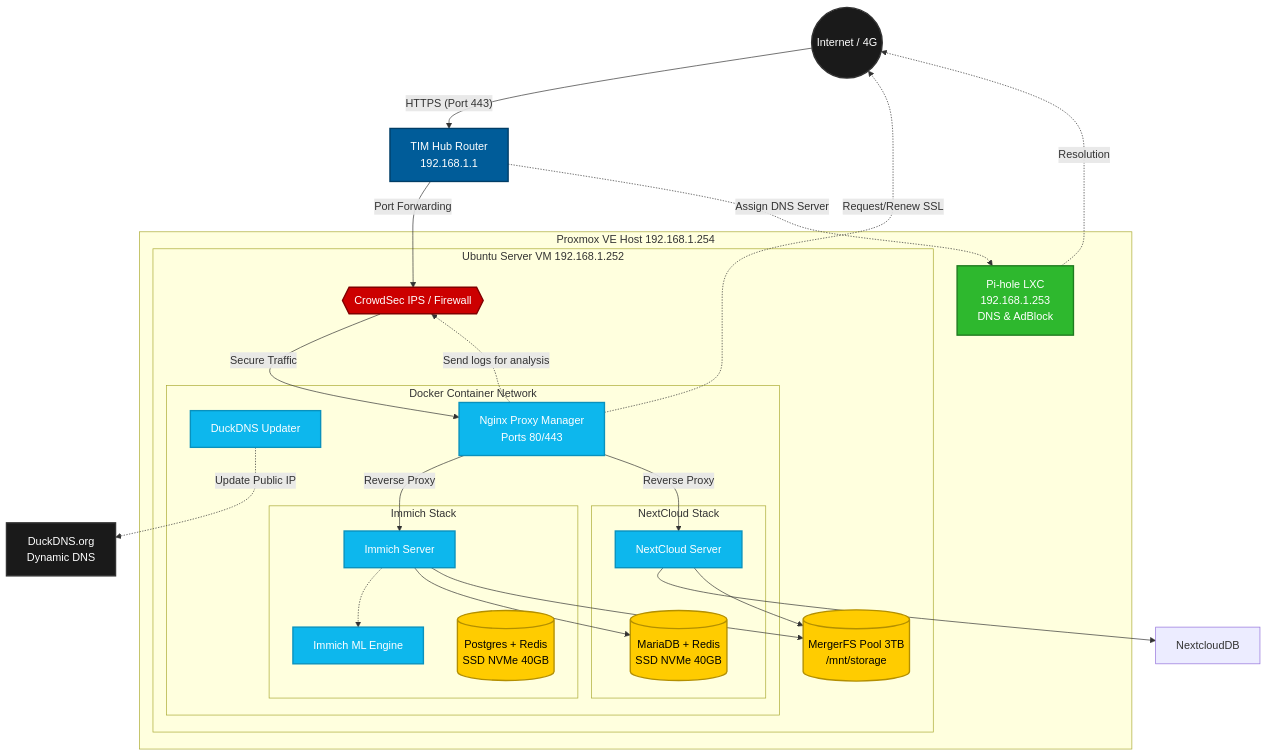
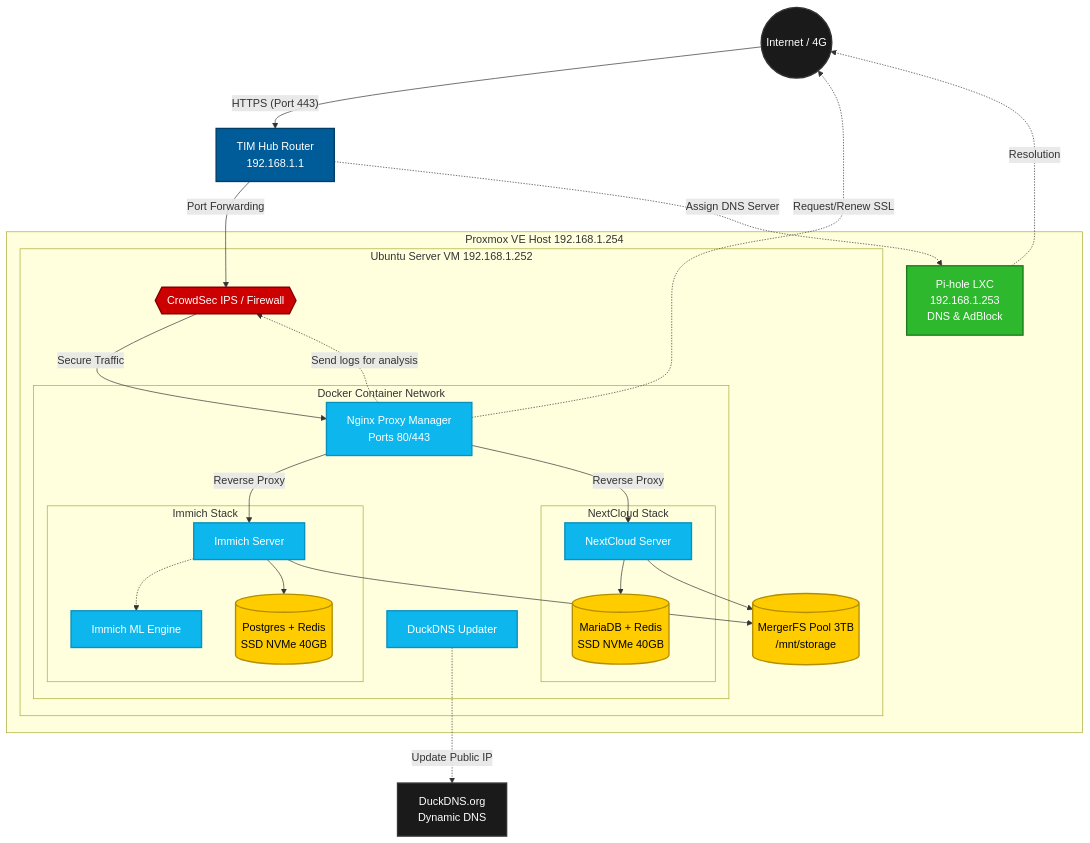
Before and after one commit to VikSell05/homelab-infrastructure: the diagram in README.md, drawn with Mermaid.

Commit message:
mermaid fix

````diff
--- a/README.md
+++ b/README.md
@@ -12,75 +12,75 @@
 ```mermaid
 graph TD
     %% Style Definition (Colors)
     classDef internet fill:#1a1a1a,stroke:#333,stroke-width:2px,color:#fff
     classDef router fill:#005c99,stroke:#003d66,stroke-width:2px,color:#fff
     classDef lxc fill:#2eb82e,stroke:#1f7a1f,stroke-width:2px,color:#fff
     classDef vm fill:#4d0099,stroke:#26004d,stroke-width:2px,color:#fff
     classDef docker fill:#0db7ed,stroke:#0991bd,stroke-width:2px,color:#fff
     classDef storage fill:#ffcc00,stroke:#b38f00,stroke-width:2px,color:#000
     classDef security fill:#cc0000,stroke:#800000,stroke-width:2px,color:#fff
 
     %% External Nodes
     Internet((Internet / 4G)):::internet
     DuckDNS[DuckDNS.org<br/>Dynamic DNS]:::internet
 
     %% Home Network
     Router[TIM Hub Router<br/>192.168.1.1]:::router
 
     %% Proxmox Host
     subgraph PVE [Proxmox VE Host 192.168.1.254]
         
         PiHole[Pi-hole LXC<br/>192.168.1.253<br/>DNS & AdBlock]:::lxc
 
         subgraph VM [Ubuntu Server VM 192.168.1.252]
             
             %% Storage & Security (Host-level)
             CrowdSec{{CrowdSec IPS / Firewall}}:::security
             MergerFS[(MergerFS Pool 3TB<br/>/mnt/storage)]:::storage
             
             %% Docker Network
             subgraph Docker [Docker Container Network]
                 DuckDNSContainer[DuckDNS Updater]:::docker
                 NPM[Nginx Proxy Manager<br/>Ports 80/443]:::docker
                 
                 subgraph ImmichStack [Immich Stack]
                     ImmichServer[Immich Server]:::docker
                     ImmichML[Immich ML Engine]:::docker
                     ImmichDB[(Postgres + Redis<br/>SSD NVMe 40GB)]:::storage
                 end
 
                 subgraph NextCloudStack [NextCloud Stack]
                     NextCloudServer[NextCloud Server]:::docker
-                    DB[(MariaDB + Redis<br/>SSD NVMe 40GB)]:::storage
+                    NextcloudDB[(MariaDB + Redis<br/>SSD NVMe 40GB)]:::storage
                 end
             end
         end
     end
 
     %% External Traffic Flow
     Internet -- HTTPS (Port 443) --> Router
     Router -- Port Forwarding --> CrowdSec
     CrowdSec -- Secure Traffic --> NPM
     NPM -- Reverse Proxy --> ImmichServer
     NPM -- Reverse Proxy --> NextCloudServer
     
     %% Immich Internal Interactions
     ImmichServer -.-> ImmichML
-    ImmichServer --> DB
+    ImmichServer --> ImmichDB
     ImmichServer --> MergerFS
 
     %% NextCloud Internal Interactions
     NextCloudServer --> NextcloudDB
     NextCloudServer --> MergerFS
     
     %% Updates and SSL
     DuckDNSContainer -. Update Public IP .-> DuckDNS
     NPM -. Request/Renew SSL .-> Internet
     
     %% DNS Resolution
     Router -. Assign DNS Server .-> PiHole
     PiHole -. Resolution .-> Internet
     
     %% CrowdSec Interaction
     NPM -. Send logs for analysis.-> CrowdSec
 ```
````
